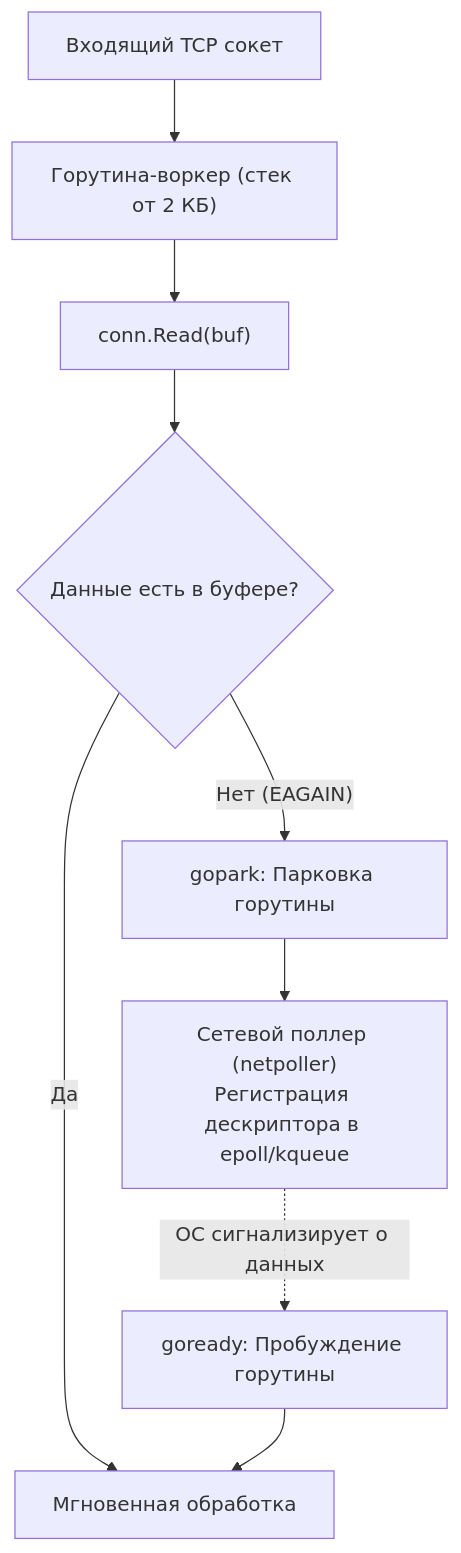
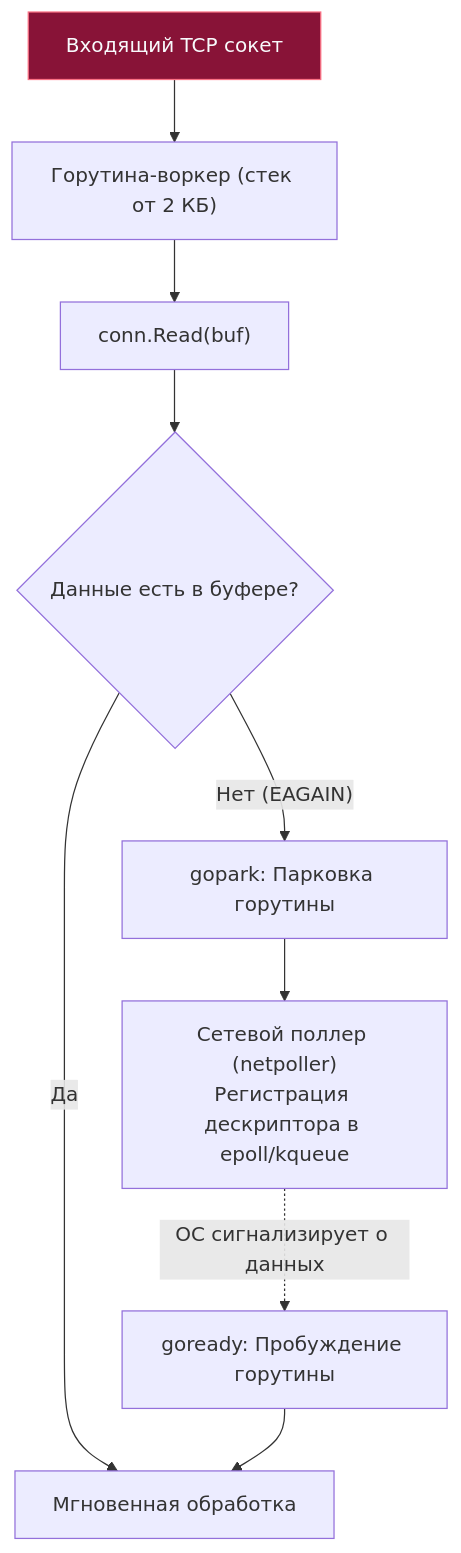
One commit to UnrealTemplier/go-textbook changed the third of 3 diagrams in sources/16. Профилирование, отладка и производительность/10. Highload/1. Load testing.md. Above: the diagram before and after it, drawn with Mermaid. The commit also changed other lines of this file and 1666 other files, not shown here.

First line of the commit message:
feat(mermaid): add semantic color classDef to 1369 colorless flowchart/graph diagrams

````diff
--- a/sources/16. Профилирование, отладка и производительность/10. Highload/1. Load testing.md
+++ b/sources/16. Профилирование, отладка и производительность/10. Highload/1. Load testing.md
@@ -131,13 +141,23 @@
 ```mermaid
 flowchart TD
-    Conn["Входящий TCP сокет"] --> G["Горутина-воркер (стек от 2 КБ)"]
+    classDef process  fill:#1e293b,stroke:#38bdf8,stroke-width:1px,color:#f8fafc
+    classDef success  fill:#064e3b,stroke:#34d399,stroke-width:1px,color:#f8fafc
+    classDef error    fill:#7f1d1d,stroke:#f87171,stroke-width:1px,color:#f8fafc
+    classDef warning  fill:#78350f,stroke:#fbbf24,stroke-width:1px,color:#f8fafc
+    classDef entry    fill:#1e3a5f,stroke:#38bdf8,stroke-width:2px,color:#f8fafc
+    classDef aux      fill:#334155,stroke:#64748b,stroke-width:1px,color:#f8fafc
+    classDef system   fill:#312e81,stroke:#a78bfa,stroke-width:1px,color:#f8fafc
+    classDef data     fill:#132d29,stroke:#2dd4bf,stroke-width:1px,color:#f8fafc
+    classDef network  fill:#881337,stroke:#fb7185,stroke-width:1px,color:#f8fafc
+    classDef accent   fill:#1e1b4b,stroke:#818cf8,stroke-width:1px,color:#f8fafc
+    Conn["Входящий TCP сокет"]:::network --> G["Горутина-воркер (стек от 2 КБ)"]
     G --> Read["conn.Read(buf)"]
     Read --> Check{"Данные есть в буфере?"}
     
     Check -- "Да" --> Process["Мгновенная обработка"]
     Check -- "Нет (EAGAIN)" --> Park["gopark: Парковка горутины"]
     
     Park --> NP["Сетевой поллер (netpoller)<br/>Регистрация дескриптора в epoll/kqueue"]
     NP -.->|"ОС сигнализирует о данных"| Wake["goready: Пробуждение горутины"]
     Wake --> Process
 ```
````
